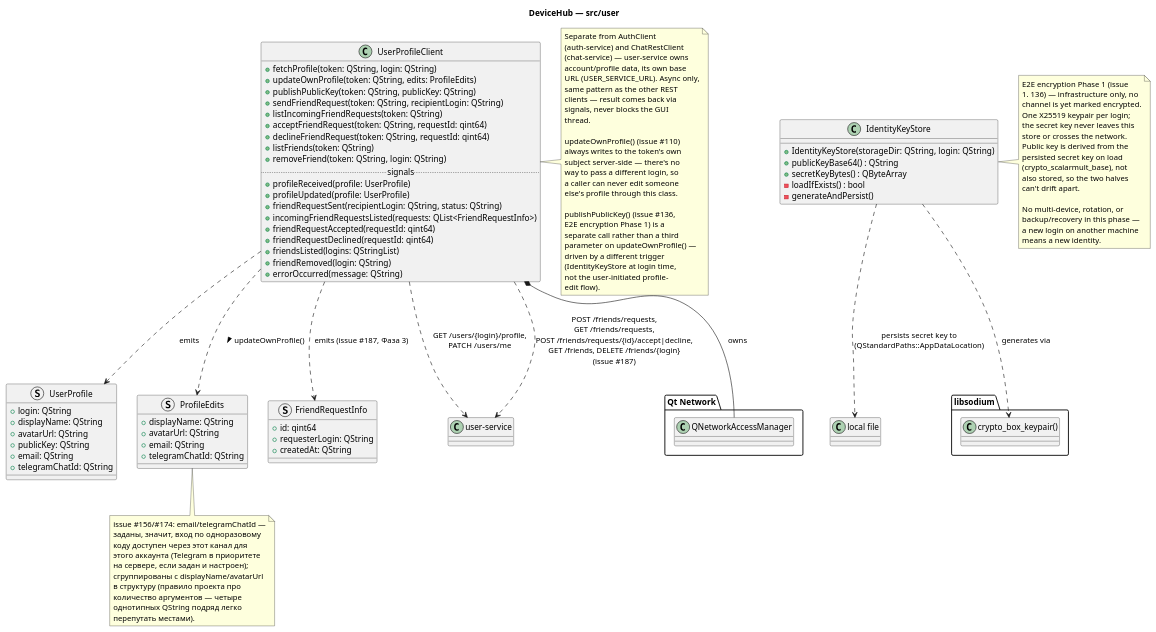
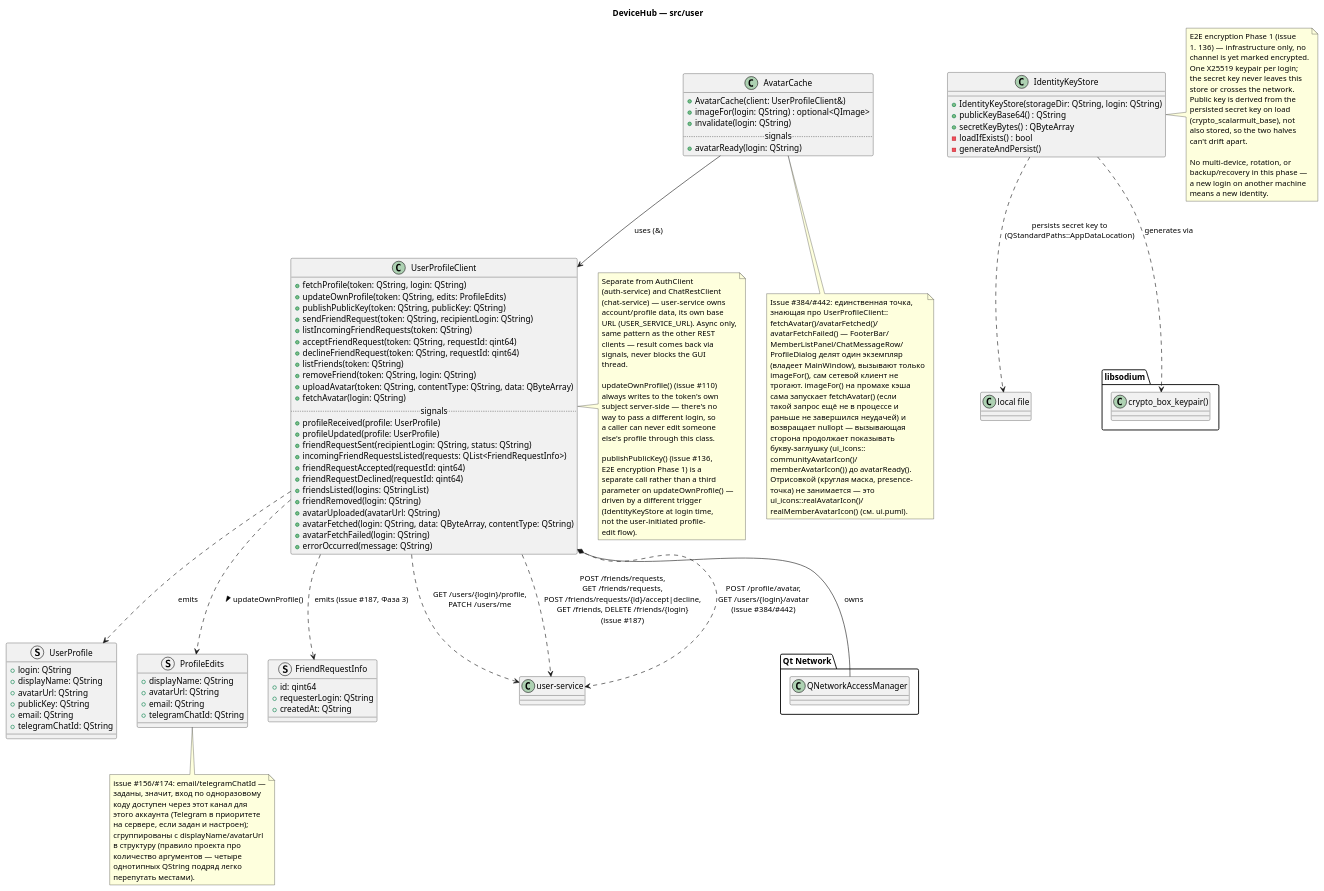
Before and after one commit to NekrasovIS/Exp: the diagram in docs/diagrams/user.puml, drawn with PlantUML. The commit also changed 29 other files, not shown here.

```diff
--- a/docs/diagrams/user.puml
+++ b/docs/diagrams/user.puml
@@ -1,131 +1,169 @@
 @startuml user
 title DeviceHub — src/user
 
 package "Qt Network" {
   class QNetworkAccessManager
 }
 
 struct UserProfile {
   +login: QString
   +displayName: QString
   +avatarUrl: QString
   +publicKey: QString
   +email: QString
   +telegramChatId: QString
 }
 
 struct ProfileEdits {
   +displayName: QString
   +avatarUrl: QString
   +email: QString
   +telegramChatId: QString
 }
 
 struct FriendRequestInfo {
   +id: qint64
   +requesterLogin: QString
   +createdAt: QString
 }
 
 class UserProfileClient {
   +fetchProfile(token: QString, login: QString)
   +updateOwnProfile(token: QString, edits: ProfileEdits)
   +publishPublicKey(token: QString, publicKey: QString)
   +sendFriendRequest(token: QString, recipientLogin: QString)
   +listIncomingFriendRequests(token: QString)
   +acceptFriendRequest(token: QString, requestId: qint64)
   +declineFriendRequest(token: QString, requestId: qint64)
   +listFriends(token: QString)
   +removeFriend(token: QString, login: QString)
+  +uploadAvatar(token: QString, contentType: QString, data: QByteArray)
+  +fetchAvatar(login: QString)
   .. signals ..
   +profileReceived(profile: UserProfile)
   +profileUpdated(profile: UserProfile)
   +friendRequestSent(recipientLogin: QString, status: QString)
   +incomingFriendRequestsListed(requests: QList<FriendRequestInfo>)
   +friendRequestAccepted(requestId: qint64)
   +friendRequestDeclined(requestId: qint64)
   +friendsListed(logins: QStringList)
   +friendRemoved(login: QString)
+  +avatarUploaded(avatarUrl: QString)
+  +avatarFetched(login: QString, data: QByteArray, contentType: QString)
+  +avatarFetchFailed(login: QString)
   +errorOccurred(message: QString)
 }
 UserProfileClient *-- QNetworkAccessManager : owns
 UserProfileClient ..> UserProfile : emits
 UserProfileClient ..> ProfileEdits : updateOwnProfile() >
 UserProfileClient ..> FriendRequestInfo : emits (issue #187, Фаза 3)
 UserProfileClient ..> "user-service" : GET /users/{login}/profile,\nPATCH /users/me
 UserProfileClient ..> "user-service" : POST /friends/requests,\nGET /friends/requests,\nPOST /friends/requests/{id}/accept|decline,\nGET /friends, DELETE /friends/{login}\n(issue #187)
+UserProfileClient ..> "user-service" : POST /profile/avatar,\nGET /users/{login}/avatar\n(issue #384/#442)
+
+class AvatarCache {
+  +AvatarCache(client: UserProfileClient&)
+  +imageFor(login: QString) : optional<QImage>
+  +invalidate(login: QString)
+  .. signals ..
+  +avatarReady(login: QString)
+}
+AvatarCache --> UserProfileClient : uses (&)
+note bottom of AvatarCache
+  Issue #384/#442: единственная точка,
+  знающая про UserProfileClient::
+  fetchAvatar()/avatarFetched()/
+  avatarFetchFailed() — FooterBar/
+  MemberListPanel/ChatMessageRow/
+  ProfileDialog делят один экземпляр
+  (владеет MainWindow), вызывают только
+  imageFor(), сам сетевой клиент не
+  трогают. imageFor() на промахе кэша
+  сама запускает fetchAvatar() (если
+  такой запрос ещё не в процессе и
+  раньше не завершился неудачей) и
+  возвращает nullopt — вызывающая
+  сторона продолжает показывать
+  букву-заглушку (ui_icons::
+  communityAvatarIcon()/
+  memberAvatarIcon()) до avatarReady().
+  Отрисовкой (круглая маска, presence-
+  точка) не занимается — это
+  ui_icons::realAvatarIcon()/
+  realMemberAvatarIcon() (см. ui.puml).
+end note
 note bottom of ProfileEdits
   issue #156/#174: email/telegramChatId —
   заданы, значит, вход по одноразовому
   коду доступен через этот канал для
   этого аккаунта (Telegram в приоритете
   на сервере, если задан и настроен);
   сгруппированы с displayName/avatarUrl
   в структуру (правило проекта про
   количество аргументов — четыре
   однотипных QString подряд легко
   перепутать местами).
 end note
 
 package "libsodium" {
   class "crypto_box_keypair()" as CryptoBoxKeypair
 }
 
 class IdentityKeyStore {
   +IdentityKeyStore(storageDir: QString, login: QString)
   +publicKeyBase64() : QString
   +secretKeyBytes() : QByteArray
   -loadIfExists() : bool
   -generateAndPersist()
 }
 IdentityKeyStore ..> CryptoBoxKeypair : generates via
 IdentityKeyStore ..> "local file" : persists secret key to\n(QStandardPaths::AppDataLocation)
 
 note right of UserProfileClient
   Separate from AuthClient
   (auth-service) and ChatRestClient
   (chat-service) — user-service owns
   account/profile data, its own base
   URL (USER_SERVICE_URL). Async only,
   same pattern as the other REST
   clients — result comes back via
   signals, never blocks the GUI
   thread.
 
   updateOwnProfile() (issue #110)
   always writes to the token's own
   subject server-side — there's no
   way to pass a different login, so
   a caller can never edit someone
   else's profile through this class.
 
   publishPublicKey() (issue #136,
   E2E encryption Phase 1) is a
   separate call rather than a third
   parameter on updateOwnProfile() —
   driven by a different trigger
   (IdentityKeyStore at login time,
   not the user-initiated profile-
   edit flow).
 end note
 
 note right of IdentityKeyStore
   E2E encryption Phase 1 (issue
   #136) — infrastructure only, no
   channel is yet marked encrypted.
   One X25519 keypair per login;
   the secret key never leaves this
   store or crosses the network.
   Public key is derived from the
   persisted secret key on load
   (crypto_scalarmult_base), not
   also stored, so the two halves
   can't drift apart.
 
   No multi-device, rotation, or
   backup/recovery in this phase —
   a new login on another machine
   means a new identity.
 end note
 
 @enduml
```
